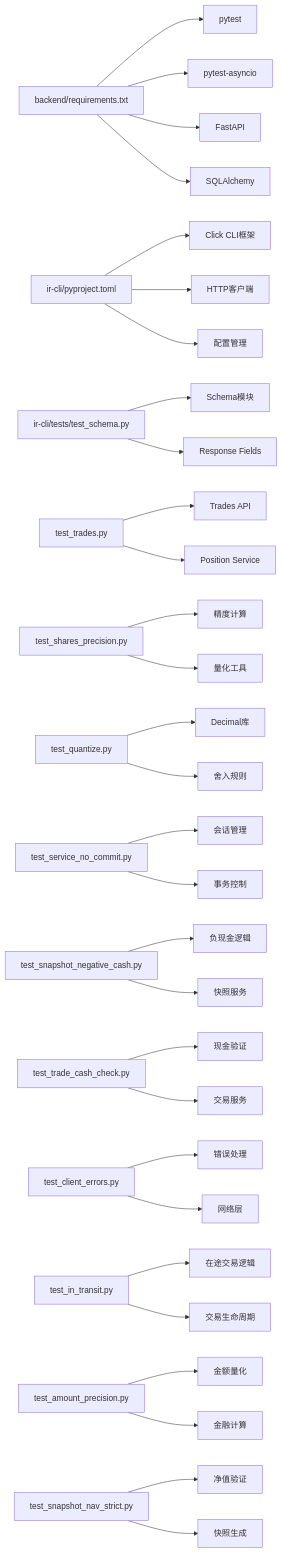
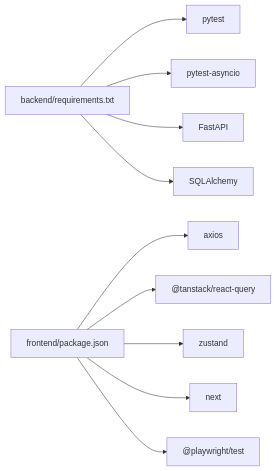
One commit to gujialind/InvestRing changed diagram 12 of 12 in .qoder/repowiki/zh/content/开发指南/测试策略/测试策略.md. Above: the diagram before and after it, drawn with Mermaid. The commit also changed other lines of this file and 65 other files, not shown here.

````diff
--- a/.qoder/repowiki/zh/content/开发指南/测试策略/测试策略.md
+++ b/.qoder/repowiki/zh/content/开发指南/测试策略/测试策略.md
@@ -1296,32 +605,12 @@
 ```mermaid
 graph LR
 BReq["backend/requirements.txt"] --> Py["pytest"]
 BReq --> PyA["pytest-asyncio"]
 BReq --> FA["FastAPI"]
 BReq --> SA["SQLAlchemy"]
-CLIReq["ir-cli/pyproject.toml"] --> Click["Click CLI框架"]
-CLIReq --> HTTP["HTTP客户端"]
-CLIReq --> Config["配置管理"]
-SchemaReq["ir-cli/tests/test_schema.py"] --> SchemaMod["Schema模块"]
-SchemaReq --> RF["Response Fields"]
-TradesReq["test_trades.py"] --> TradesAPI["Trades API"]
-TradesReq --> PositionSvc["Position Service"]
-PrecisionReq["test_shares_precision.py"] --> PrecisionCalc["精度计算"]
-PrecisionReq --> QuantizeUtil["量化工具"]
-QuantizeReq["test_quantize.py"] --> DecimalLib["Decimal库"]
-QuantizeReq --> RoundRules["舍入规则"]
-NoCommitReq["test_service_no_commit.py"] --> SessionMgr["会话管理"]
-NoCommitReq --> TransactionCtrl["事务控制"]
-NegCashReq["test_snapshot_negative_cash.py"] --> NegCashLogic["负现金逻辑"]
-NegCashReq --> SnapshotSvc["快照服务"]
-CashCheckReq["test_trade_cash_check.py"] --> CashValidation["现金验证"]
-CashCheckReq --> TradeSvc["交易服务"]
-ErrHandleReq["test_client_errors.py"] --> ErrorHandling["错误处理"]
-ErrHandleReq --> NetworkLayer["网络层"]
-InTransitReq["test_in_transit.py"] --> InTransitLogic["在途交易逻辑"]
-InTransitReq --> TradeLifecycle["交易生命周期"]
-AmountPrecReq["test_amount_precision.py"] --> AmountQuant["金额量化"]
-AmountPrecReq --> FinancialCalc["金融计算"]
-NavStrictReq["test_snapshot_nav_strict.py"] --> NavValidation["净值验证"]
-NavStrictReq --> SnapshotGen["快照生成"]
+FPkg["frontend/package.json"] --> AX["axios"]
+FPkg --> RQ["@tanstack/react-query"]
+FPkg --> ZU["zustand"]
+FPkg --> NX["next"]
+FPkg --> PW["@playwright/test"]
 ```
````
